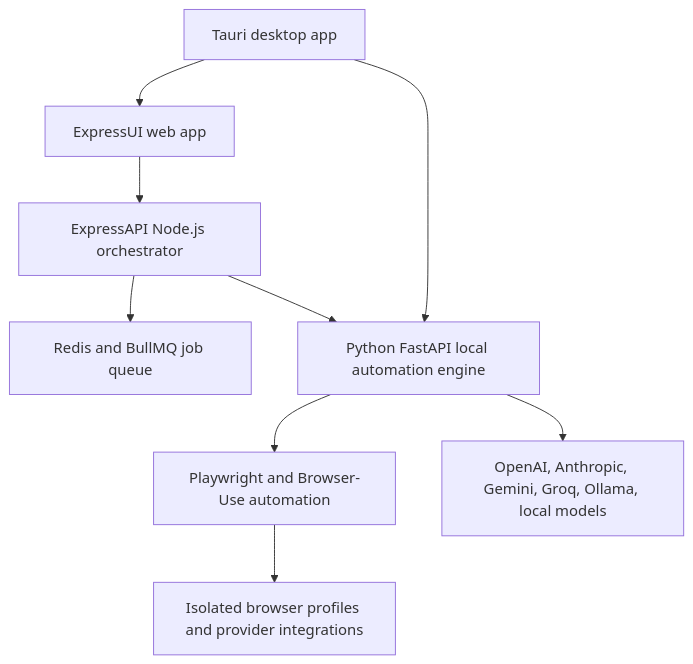
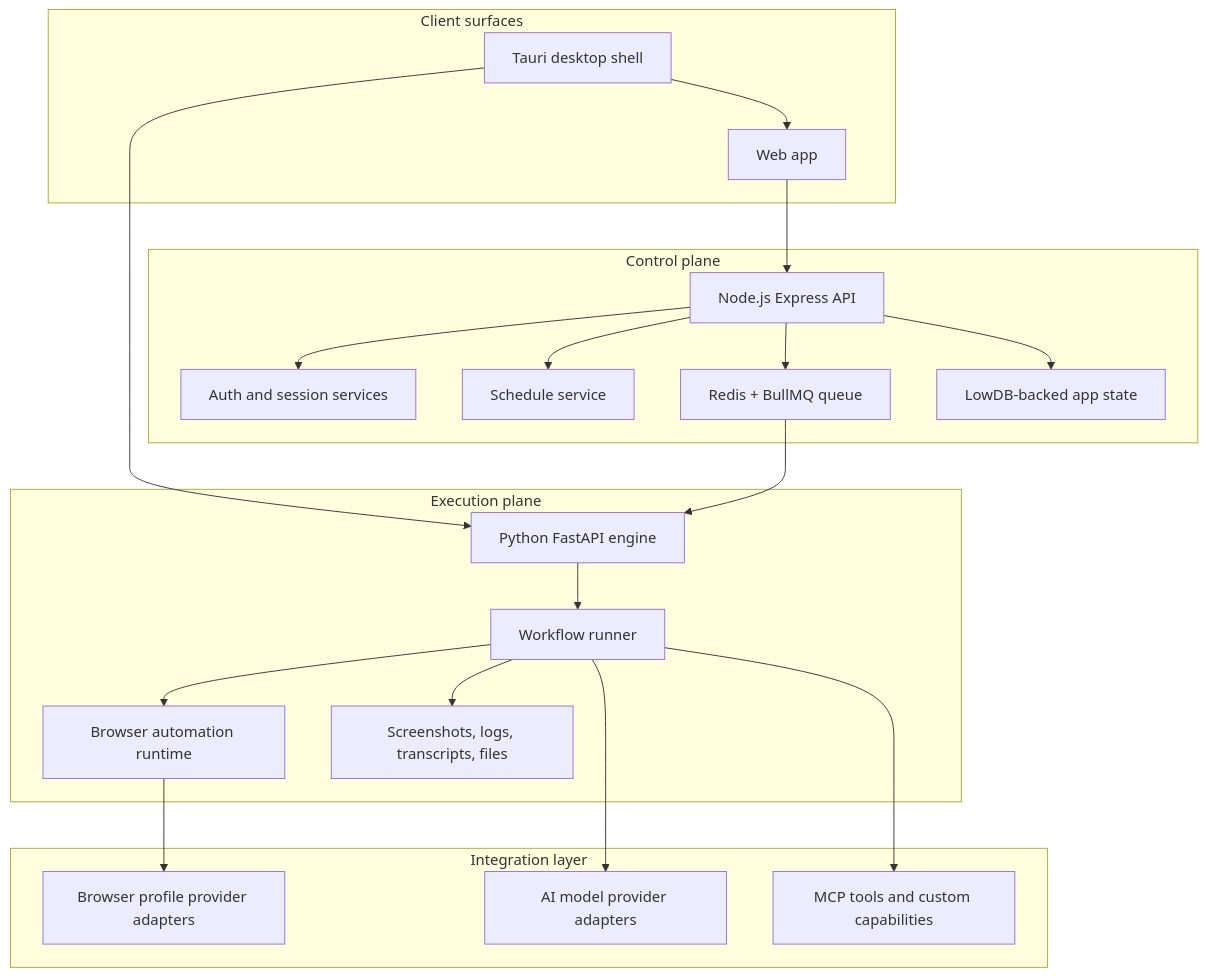
Before and after one commit to AHGesports/elyt-ai-showcase: the first of 4 diagrams in README.md, drawn with Mermaid. The commit also changed other lines of this file, not shown here.

````diff
--- a/README.md
+++ b/README.md
@@ -65,11 +57,43 @@
 ```mermaid
 flowchart TD
-    UI["ExpressUI web app"] --> API["ExpressAPI Node.js orchestrator"]
-    API --> Queue["Redis and BullMQ job queue"]
-    API --> Local["Python FastAPI local automation engine"]
-    Desktop["Tauri desktop app"] --> UI
-    Desktop --> Local
-    Local --> Browser["Playwright and Browser-Use automation"]
-    Browser --> Profiles["Isolated browser profiles and provider integrations"]
-    Local --> Models["OpenAI, Anthropic, Gemini, Groq, Ollama, local models"]
+    subgraph Client["Client surfaces"]
+        Web["Web app"]
+        Desktop["Tauri desktop shell"]
+    end
+
+    subgraph Control["Control plane"]
+        Api["Node.js Express API"]
+        Auth["Auth and session services"]
+        Scheduler["Schedule service"]
+        Queue["Redis + BullMQ queue"]
+        DB["LowDB-backed app state"]
+    end
+
+    subgraph Execution["Execution plane"]
+        LocalApi["Python FastAPI engine"]
+        Runner["Workflow runner"]
+        BrowserRuntime["Browser automation runtime"]
+        Artifacts["Screenshots, logs, transcripts, files"]
+    end
+
+    subgraph Integrations["Integration layer"]
+        Profiles["Browser profile provider adapters"]
+        Models["AI model provider adapters"]
+        MCP["MCP tools and custom capabilities"]
+    end
+
+    Web --> Api
+    Desktop --> Web
+    Desktop --> LocalApi
+    Api --> Auth
+    Api --> Scheduler
+    Api --> Queue
+    Api --> DB
+    Queue --> LocalApi
+    LocalApi --> Runner
+    Runner --> BrowserRuntime
+    Runner --> Artifacts
+    BrowserRuntime --> Profiles
+    Runner --> Models
+    Runner --> MCP
 ```
````
